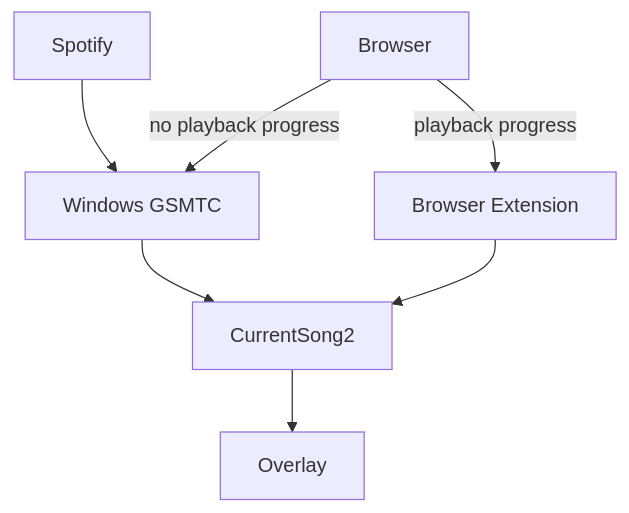
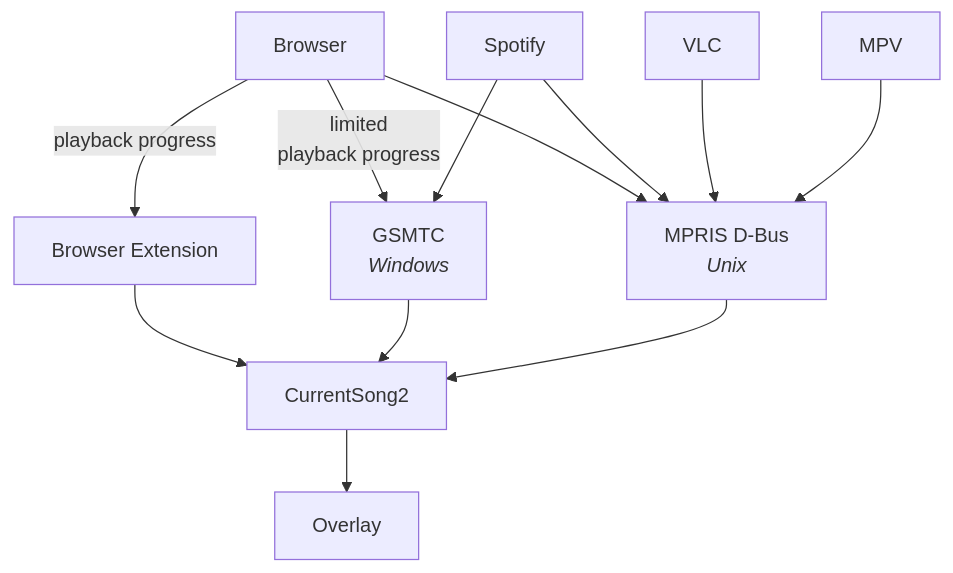
The diagram in README.md (Nerixyz/current-song2), drawn with Mermaid before and after one commit. The commit also changed other lines of this file and 2 other files, not shown here.

Commit message:
docs: Add more docs regarding D-Bus and Unix support (#370)
* chore: add changelog entry

* docs: document unix support

````diff
--- a/README.md
+++ b/README.md
@@ -27,12 +26,18 @@
 ```mermaid
 graph TD;
-    gsmtc[Windows GSMTC]
+    gsmtc[GSMTC<br><i>Windows</i>]
+    dbus[MPRIS D-Bus<br><i>Unix</i>]
     ext[Browser Extension]
     cso2[CurrentSong2]
     ext-->cso2
+    Browser-->dbus
+    Spotify-->dbus
+    VLC-->dbus
+    MPV-->dbus
+    Browser-- limited <br> playback progress -->gsmtc
+    Browser-- playback progress -->ext
     Spotify-->gsmtc
-    Browser-- no playback progress -->gsmtc
-    Browser-- playback progress -->ext
     gsmtc-->cso2
+    dbus-->cso2
     cso2-->Overlay
 ```
````
